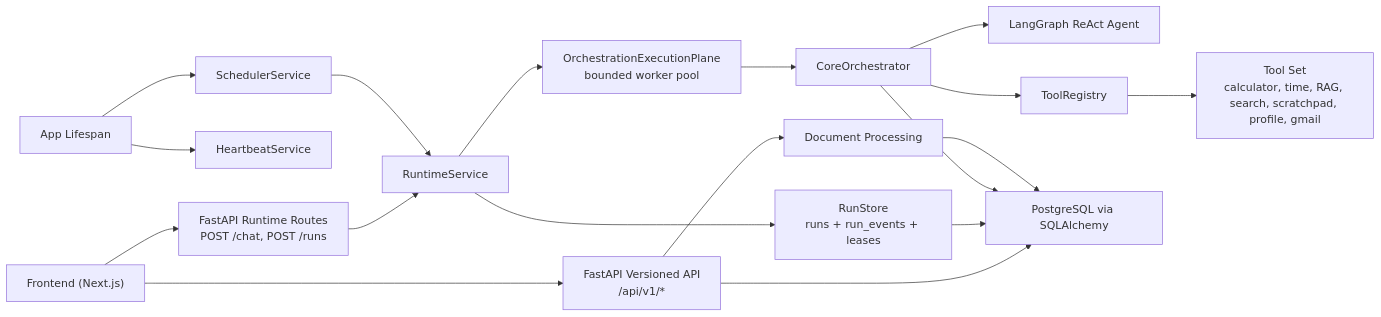
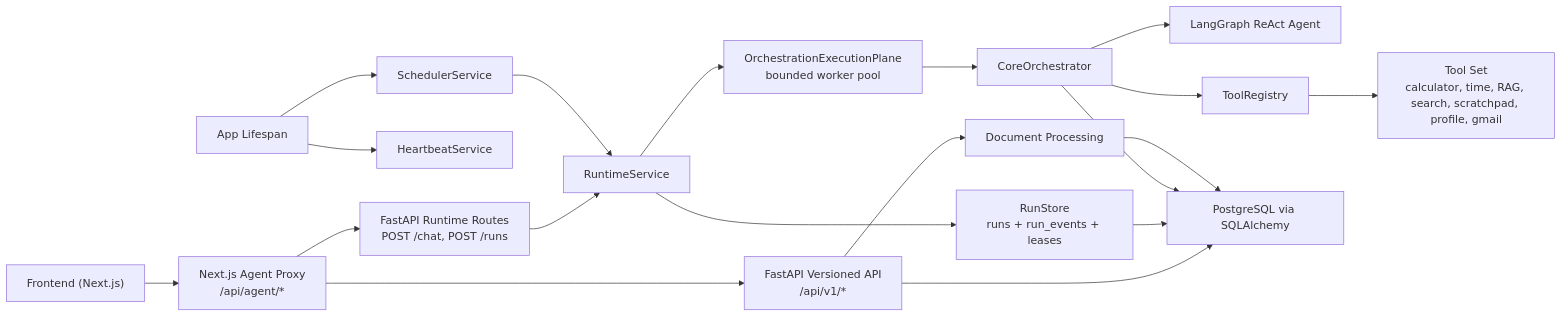
Before and after one commit to gtpooniwala/personal-agent: the diagram in docs/ARCHITECTURE.md, drawn with Mermaid. The commit also changed other lines of this file and 6 other files, not shown here.

````diff
--- a/docs/ARCHITECTURE.md
+++ b/docs/ARCHITECTURE.md
@@ -14,24 +14,25 @@
 ```mermaid
 flowchart LR
-    UI["Frontend (Next.js)"] --> RT["FastAPI Runtime Routes<br/>POST /chat, POST /runs"]
-    UI --> API["FastAPI Versioned API<br/>/api/v1/*"]
+    UI["Frontend (Next.js)"] --> PROXY["Next.js Agent Proxy<br/>/api/agent/*"]
+    PROXY --> RT["FastAPI Runtime Routes<br/>POST /chat, POST /runs"]
+    PROXY --> API["FastAPI Versioned API<br/>/api/v1/*"]
 
     RT --> RS["RuntimeService"]
     RS --> STORE["RunStore<br/>runs + run_events + leases"]
     RS --> PLANE["OrchestrationExecutionPlane<br/>bounded worker pool"]
     PLANE --> ORCH["CoreOrchestrator"]
 
     ORCH --> AGENT["LangGraph ReAct Agent"]
     ORCH --> REG["ToolRegistry"]
     REG --> TOOLS["Tool Set<br/>calculator, time, RAG, search, scratchpad, profile, gmail"]
 
     API --> DB["PostgreSQL via SQLAlchemy"]
     STORE --> DB
     ORCH --> DB
     API --> DOCS["Document Processing"]
     DOCS --> DB
 
     MAIN["App Lifespan"] --> HEART["HeartbeatService"]
     MAIN --> SCHED["SchedulerService"]
     SCHED --> RS
 ```
````
